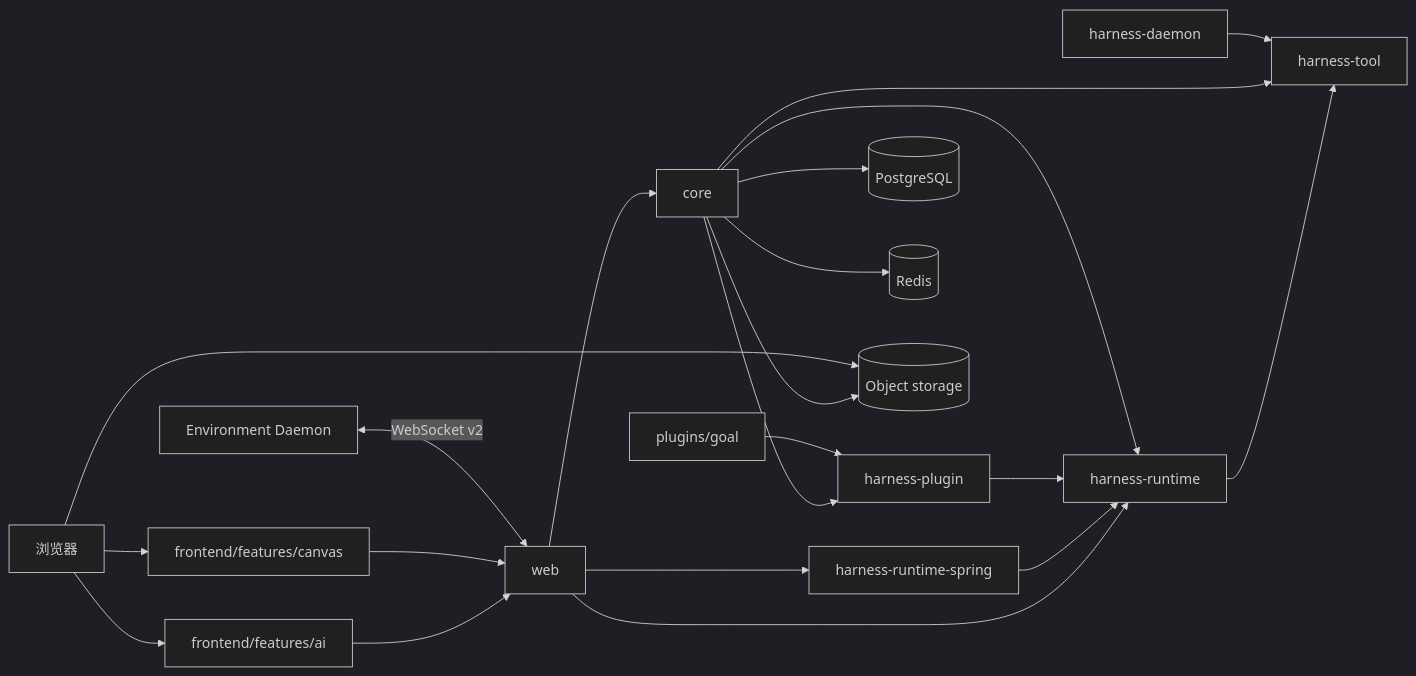
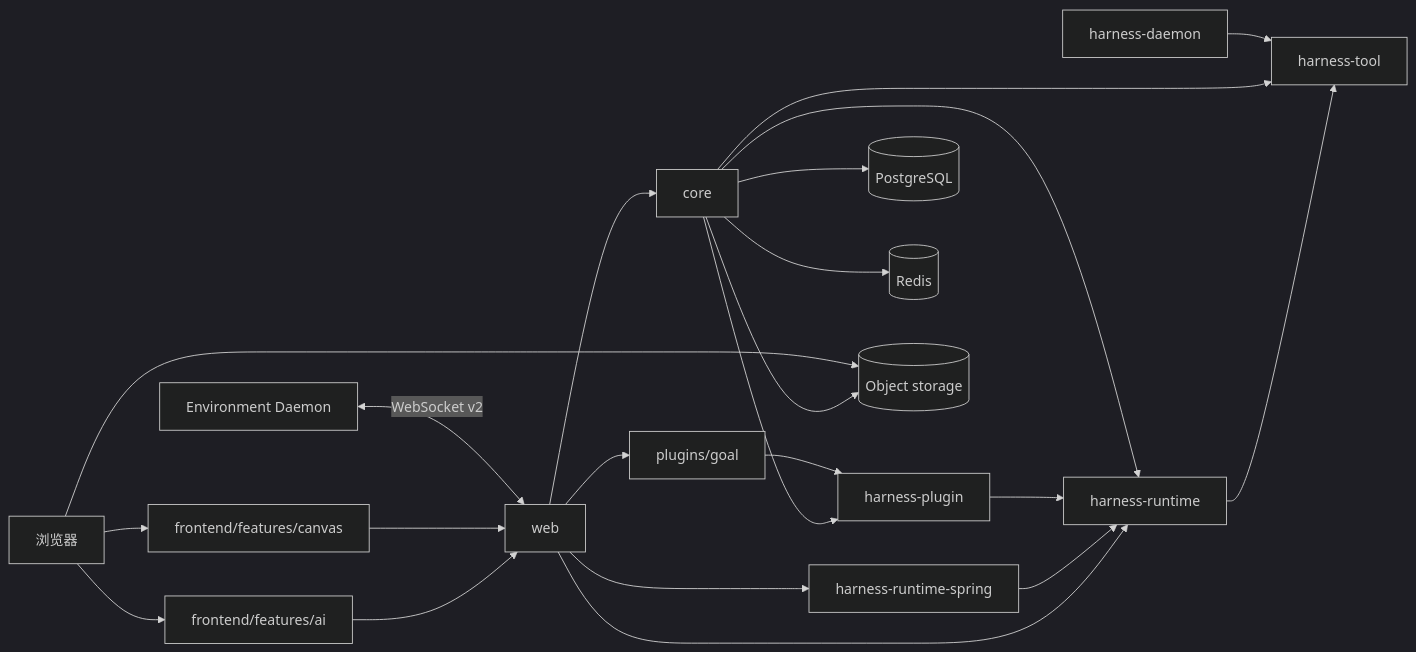
The diagram in docs/technical-solution/architecture.md (fengwk/kk-studio), drawn with Mermaid (dark theme) before and after one commit. The commit also changed other lines of this file and 290 other files, not shown here.

````diff
--- a/docs/technical-solution/architecture.md
+++ b/docs/technical-solution/architecture.md
@@ -14,39 +14,40 @@
 ```mermaid
 flowchart LR
     Browser[浏览器]
     AI[frontend/features/ai]
     Canvas[frontend/features/canvas]
     Web[web]
     Core[core]
     Runtime[harness-runtime]
     Plugin[harness-plugin]
     Goal[plugins/goal]
     RuntimeSpring[harness-runtime-spring]
     Tool[harness-tool]
     Daemon[harness-daemon]
     PG[(PostgreSQL)]
     Redis[(Redis)]
     S3[(Object storage)]
     Env[Environment Daemon]
 
     Browser --> AI
     Browser --> Canvas
     AI --> Web
     Canvas --> Web
     Web --> Core
     Web --> RuntimeSpring
     Web --> Runtime
+    Web --> Goal
     RuntimeSpring --> Runtime
     Core --> Plugin
     Goal --> Plugin
     Plugin --> Runtime
     Runtime --> Tool
     Core --> Runtime
     Core --> Tool
     Daemon --> Tool
     Core --> PG
     Core --> Redis
     Core --> S3
     Browser --> S3
     Env <-->|WebSocket v2| Web
 ```
````
